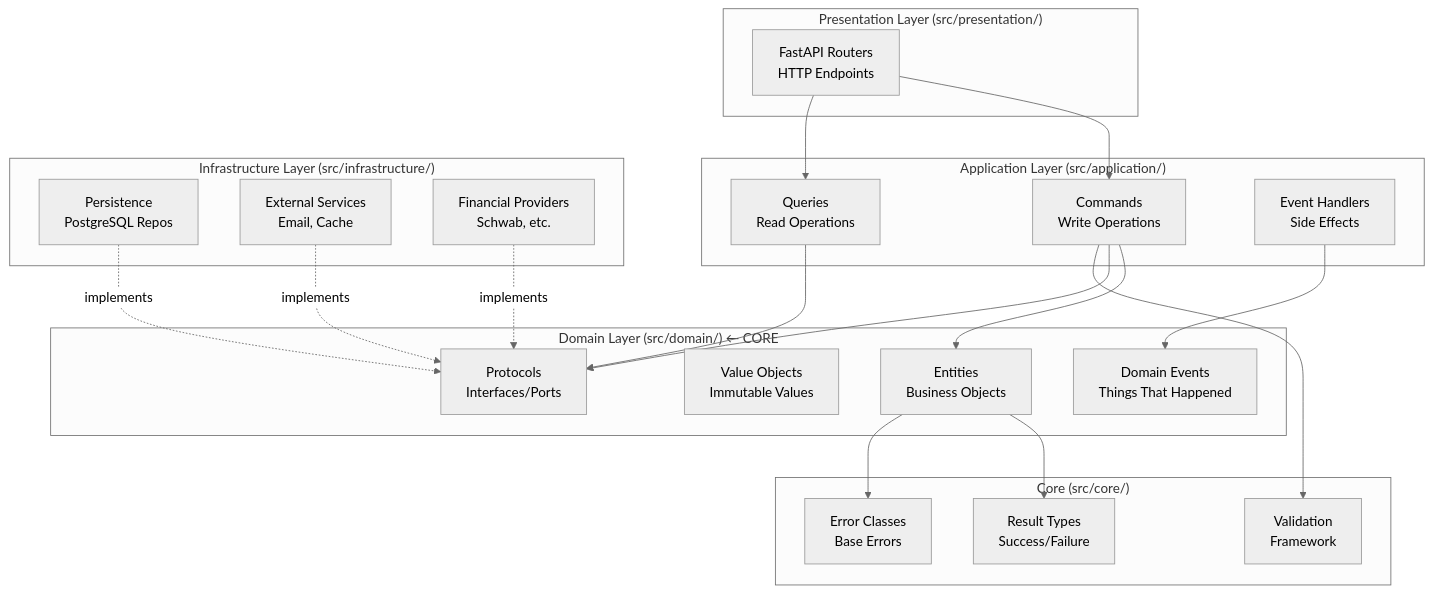
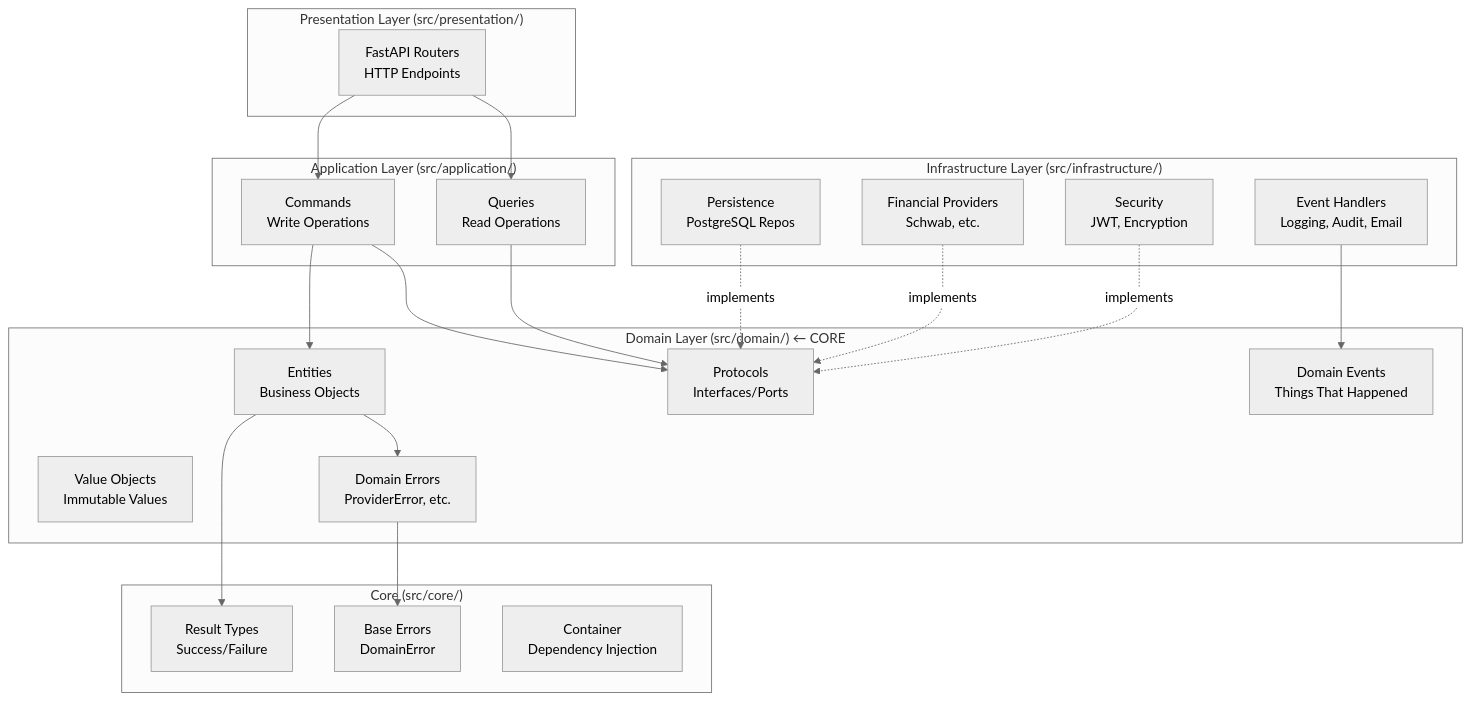
One commit to faiyaz7283/dashtam-api changed the first of 3 diagrams in docs/architecture/directory-structure.md. Above: the diagram before and after it, drawn with Mermaid (neutral theme). The commit also changed other lines of this file and 59 other files, not shown here.

First line of the commit message:
refactor(architecture): audit directory-structure.md compliance

````diff
--- a/docs/architecture/directory-structure.md
+++ b/docs/architecture/directory-structure.md
@@ -16,44 +16,45 @@
 ```mermaid
 graph TB
     subgraph Presentation["Presentation Layer (src/presentation/)"]
-        API[FastAPI Routers<br/>HTTP Endpoints]
+        Routers[FastAPI Routers<br/>HTTP Endpoints]
     end
 
     subgraph Application["Application Layer (src/application/)"]
         Commands[Commands<br/>Write Operations]
         Queries[Queries<br/>Read Operations]
-        EventHandlers[Event Handlers<br/>Side Effects]
     end
 
     subgraph Domain["Domain Layer (src/domain/) ← CORE"]
         Entities[Entities<br/>Business Objects]
         ValueObjects[Value Objects<br/>Immutable Values]
         Protocols[Protocols<br/>Interfaces/Ports]
-        Events[Domain Events<br/>Things That Happened]
+        DomainEvents[Domain Events<br/>Things That Happened]
+        DomainErrors[Domain Errors<br/>ProviderError, etc.]
     end
 
     subgraph Infrastructure["Infrastructure Layer (src/infrastructure/)"]
         Persistence[Persistence<br/>PostgreSQL Repos]
-        External[External Services<br/>Email, Cache]
+        EventHandlers[Event Handlers<br/>Logging, Audit, Email]
         Providers[Financial Providers<br/>Schwab, etc.]
+        Security[Security<br/>JWT, Encryption]
     end
 
     subgraph Core["Core (src/core/)"]
         Result[Result Types<br/>Success/Failure]
-        Errors[Error Classes<br/>Base Errors]
-        Validation[Validation<br/>Framework]
+        BaseErrors[Base Errors<br/>DomainError]
+        Container[Container<br/>Dependency Injection]
     end
 
-    API --> Commands
-    API --> Queries
+    Routers --> Commands
+    Routers --> Queries
     Commands --> Entities
     Commands --> Protocols
     Queries --> Protocols
-    EventHandlers --> Events
+    EventHandlers --> DomainEvents
     Persistence -.implements.-> Protocols
-    External -.implements.-> Protocols
     Providers -.implements.-> Protocols
+    Security -.implements.-> Protocols
     Entities --> Result
-    Entities --> Errors
-    Commands --> Validation
+    Entities --> DomainErrors
+    DomainErrors --> BaseErrors
 ```
````
